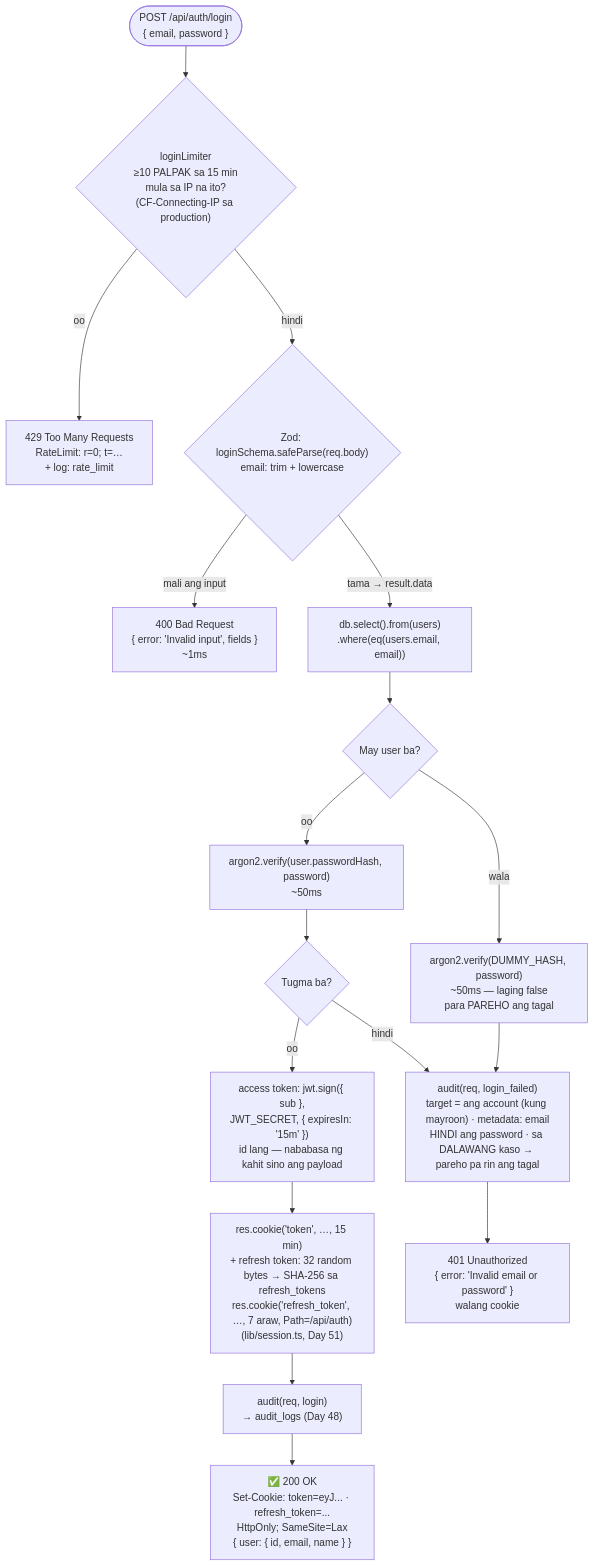
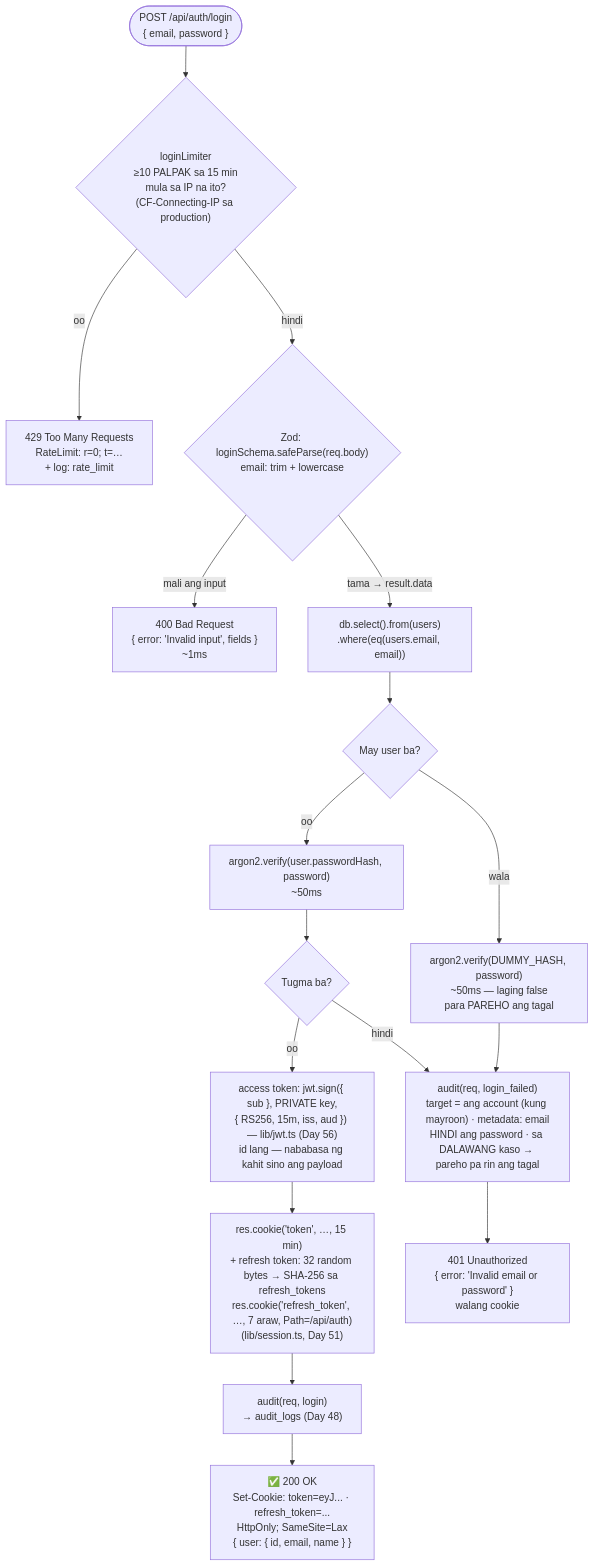
One commit to nelson1869-ai/auth-learning changed the diagram in docs/diagrams/04-login-flow.md. Above: the diagram before and after it, drawn with Mermaid. The commit also changed other lines of this file and 19 other files, not shown here.

````diff
--- a/docs/diagrams/04-login-flow.md
+++ b/docs/diagrams/04-login-flow.md
@@ -10,19 +10,19 @@
 ```mermaid
 flowchart TD
     Req(["POST /api/auth/login<br/>{ email, password }"]) --> RL{"loginLimiter<br/>≥10 PALPAK sa 15 min<br/>mula sa IP na ito?<br/>(CF-Connecting-IP sa production)"}
     RL -->|"oo"| C429["429 Too Many Requests<br/>RateLimit: r=0; t=…<br/>+ log: rate_limit"]
     RL -->|"hindi"| Zod{"Zod: loginSchema.safeParse(req.body)<br/>email: trim + lowercase"}
     Zod -->|"mali ang input"| C400["400 Bad Request<br/>{ error: 'Invalid input', fields }<br/>~1ms"]
     Zod -->|"tama → result.data"| Find["db.select().from(users)<br/>.where(eq(users.email, email))"]
     Find --> Has{"May user ba?"}
     Has -->|"oo"| VReal["argon2.verify(user.passwordHash, password)<br/>~50ms"]
     Has -->|"wala"| VDummy["argon2.verify(DUMMY_HASH, password)<br/>~50ms — laging false<br/>para PAREHO ang tagal"]
     VReal --> Ok{"Tugma ba?"}
-    Ok -->|"oo"| Sign["access token: jwt.sign({ sub },<br/>JWT_SECRET, { expiresIn: '15m' })<br/>id lang — nababasa ng kahit sino ang payload"]
+    Ok -->|"oo"| Sign["access token: jwt.sign({ sub }, PRIVATE key,<br/>{ RS256, 15m, iss, aud }) — lib/jwt.ts (Day 56)<br/>id lang — nababasa ng kahit sino ang payload"]
     Sign --> Cookie["res.cookie('token', …, 15 min)<br/>+ refresh token: 32 random bytes → SHA-256 sa refresh_tokens<br/>res.cookie('refresh_token', …, 7 araw, Path=/api/auth)<br/>(lib/session.ts, Day 51)"]
     Cookie --> AudOk["audit(req, login)<br/>→ audit_logs (Day 48)"]
     AudOk --> C200["✅ 200 OK<br/>Set-Cookie: token=eyJ... · refresh_token=...<br/>HttpOnly; SameSite=Lax<br/>{ user: { id, email, name } }"]
     Ok -->|"hindi"| AudFail["audit(req, login_failed)<br/>target = ang account (kung mayroon) · metadata: email<br/>HINDI ang password · sa DALAWANG kaso → pareho pa rin ang tagal"]
     VDummy --> AudFail
     AudFail --> C401["401 Unauthorized<br/>{ error: 'Invalid email or password' }<br/>walang cookie"]
 ```
````
